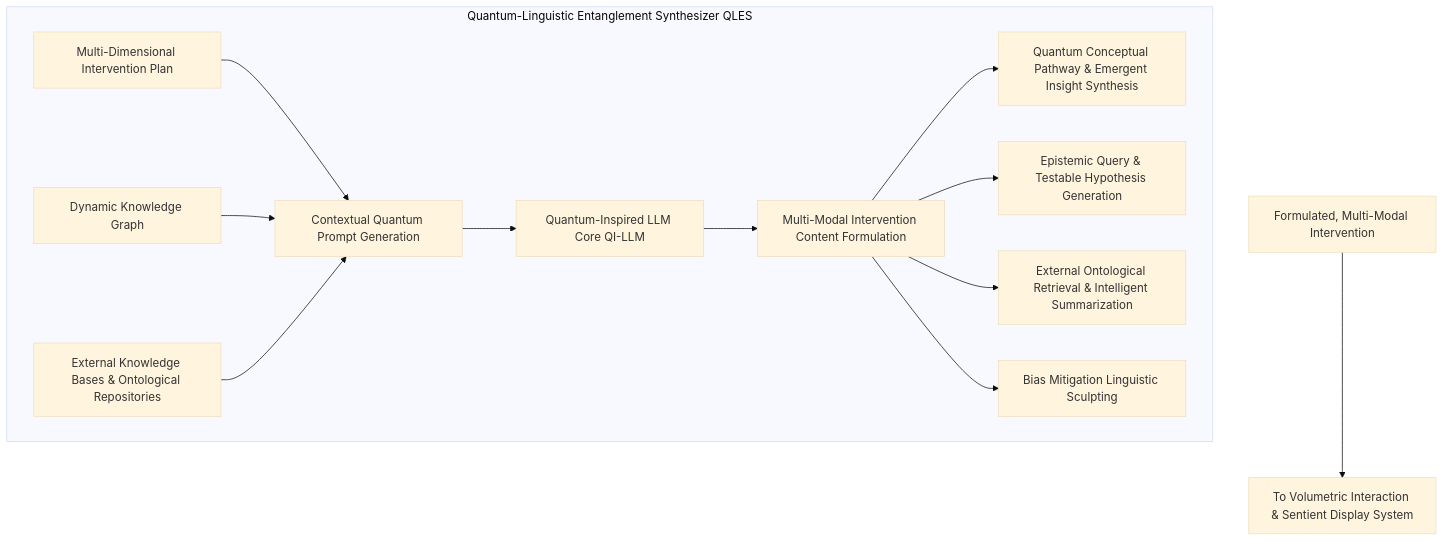
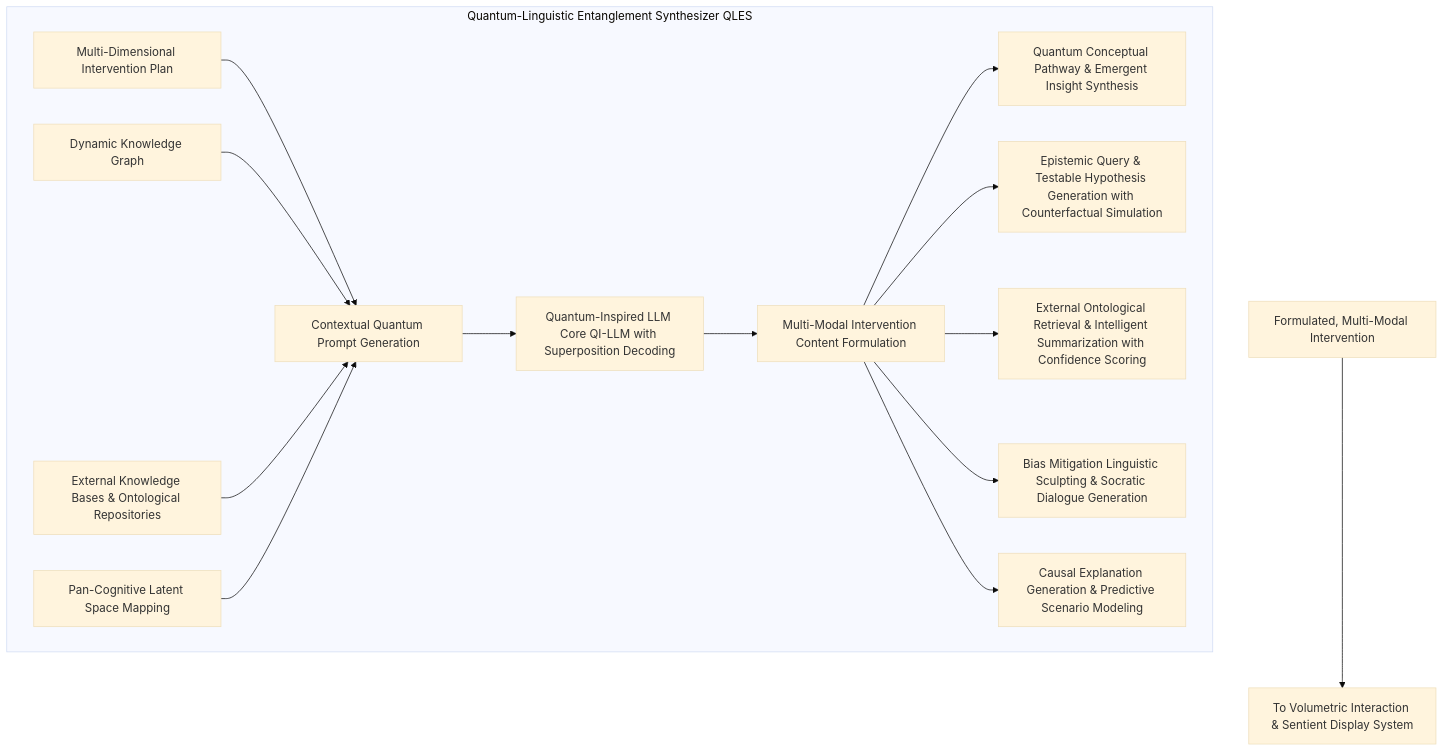
The sixth of 11 diagrams in inventions/inventions/012_holographic_meeting_scribe/015_autonomous_discourse_orchestration_agent.md (diplomat-bit/Citibank_Demo_Business_Inc_Demonstration-), drawn with Mermaid (base theme) before and after one commit. The commit also changed other lines of this file, not shown here.

````diff
--- a/inventions/inventions/012_holographic_meeting_scribe/015_autonomous_discourse_orchestration_agent.md
+++ b/inventions/inventions/012_holographic_meeting_scribe/015_autonomous_discourse_orchestration_agent.md
@@ -271,18 +300,20 @@
 ```mermaid
 graph TD
     subgraph Quantum-Linguistic Entanglement Synthesizer QLES
         MPAFC_INPUT[Multi-Dimensional Intervention Plan] --> CONTEXTUAL_QUANTUM_PROMPT_GEN[Contextual Quantum Prompt Generation];
         DKG[Dynamic Knowledge Graph] --> CONTEXTUAL_QUANTUM_PROMPT_GEN;
         EXK[External Knowledge Bases & Ontological Repositories] --> CONTEXTUAL_QUANTUM_PROMPT_GEN;
+        CLS[Pan-Cognitive Latent Space Mapping] --> CONTEXTUAL_QUANTUM_PROMPT_GEN;
         
-        CONTEXTUAL_QUANTUM_PROMPT_GEN --> GENERATIVE_AI_CORE[Quantum-Inspired LLM Core QI-LLM];
+        CONTEXTUAL_QUANTUM_PROMPT_GEN --> GENERATIVE_AI_CORE[Quantum-Inspired LLM Core QI-LLM with Superposition Decoding];
         GENERATIVE_AI_CORE --> INTERVENTION_FORMULATION[Multi-Modal Intervention Content Formulation];
         
         INTERVENTION_FORMULATION --> CONCEPTUAL_PATHWAY_SYNTHESIS[Quantum Conceptual Pathway & Emergent Insight Synthesis];
-        INTERVENTION_FORMULATION --> EPISTEMIC_QUERY_HYPOTHESIS_GEN[Epistemic Query & Testable Hypothesis Generation];
-        INTERVENTION_FORMULATION --> EXTERNAL_ONTOLOGICAL_INJECTION[External Ontological Retrieval & Intelligent Summarization];
-        INTERVENTION_FORMULATION --> BIAS_MITIGATION_LINGUISTICS[Bias Mitigation Linguistic Sculpting];
+        INTERVENTION_FORMULATION --> EPISTEMIC_QUERY_HYPOTHESIS_GEN[Epistemic Query & Testable Hypothesis Generation with Counterfactual Simulation];
+        INTERVENTION_FORMULATION --> EXTERNAL_ONTOLOGICAL_INJECTION[External Ontological Retrieval & Intelligent Summarization with Confidence Scoring];
+        INTERVENTION_FORMULATION --> BIAS_MITIGATION_LINGUISTICS[Bias Mitigation Linguistic Sculpting & Socratic Dialogue Generation];
+        INTERVENTION_FORMULATION --> CAUSAL_EXPLANATION_GEN[Causal Explanation Generation & Predictive Scenario Modeling];
     end
 
     QLES_OUTPUT[Formulated, Multi-Modal Intervention] --> VISDS_INPUT[To Volumetric Interaction & Sentient Display System];
 ```
````
